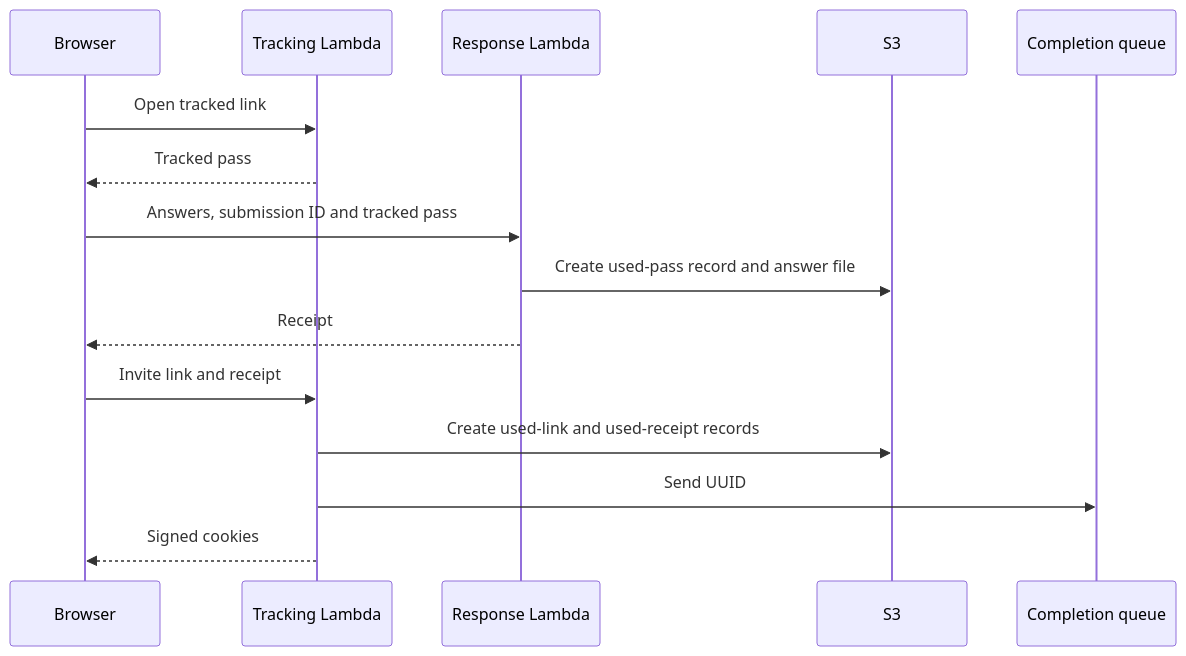
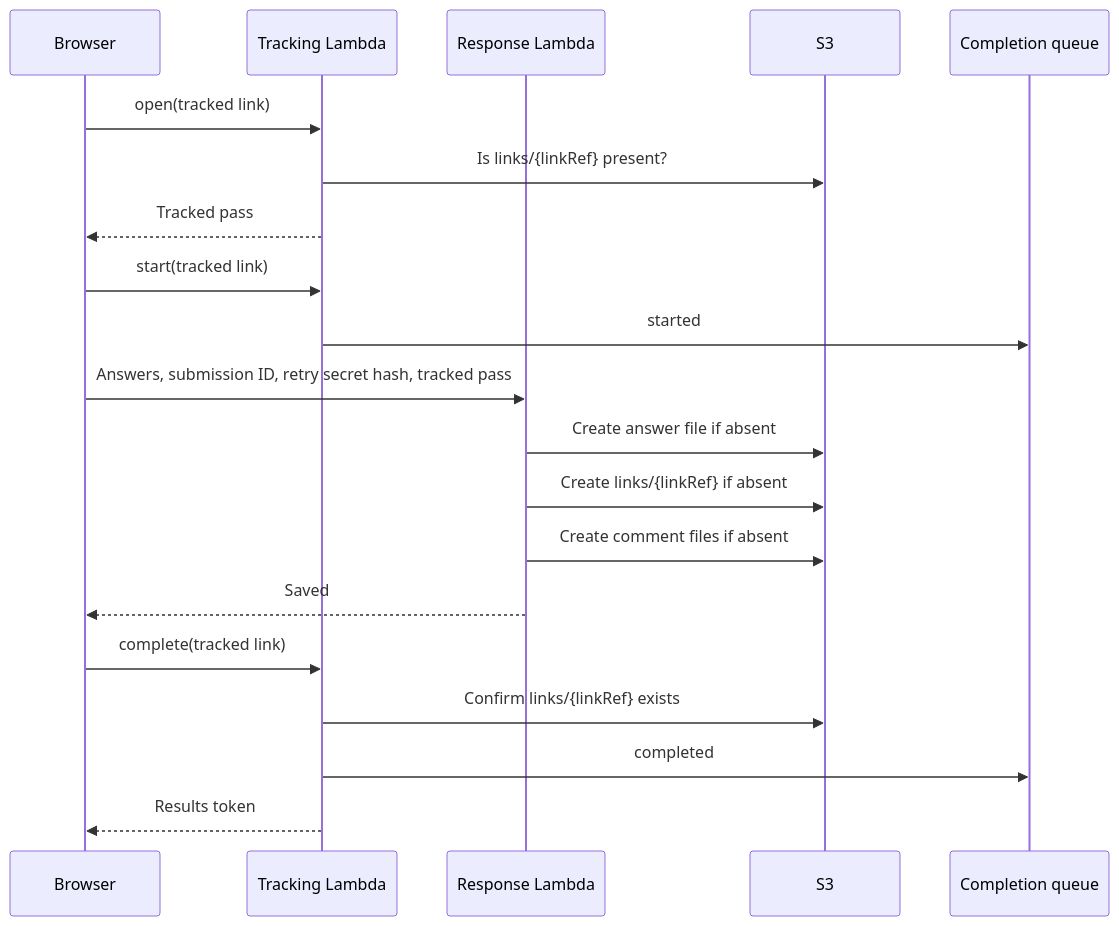
One commit to LBDistrictScouts/DistrictSurvey changed the second of 2 diagrams in docs/designs/district_survey.md. Above: the diagram before and after it, drawn with Mermaid. The commit also changed other lines of this file and 12 other files, not shown here.

````diff
--- a/docs/designs/district_survey.md
+++ b/docs/designs/district_survey.md
@@ -496,17 +668,22 @@
 ```mermaid
 sequenceDiagram
   participant B as Browser
   participant T as Tracking Lambda
   participant R as Response Lambda
   participant S as S3
   participant Q as Completion queue
-  B->>T: Open tracked link
+  B->>T: open(tracked link)
+  T->>S: Is links/{linkRef} present?
   T-->>B: Tracked pass
-  B->>R: Answers, submission ID and tracked pass
-  R->>S: Create used-pass record and answer file
-  R-->>B: Receipt
-  B->>T: Invite link and receipt
-  T->>S: Create used-link and used-receipt records
-  T->>Q: Send UUID
-  T-->>B: Signed cookies
+  B->>T: start(tracked link)
+  T->>Q: started
+  B->>R: Answers, submission ID, retry secret hash, tracked pass
+  R->>S: Create answer file if absent
+  R->>S: Create links/{linkRef} if absent
+  R->>S: Create comment files if absent
+  R-->>B: Saved
+  B->>T: complete(tracked link)
+  T->>S: Confirm links/{linkRef} exists
+  T->>Q: completed
+  T-->>B: Results token
 ```
````
